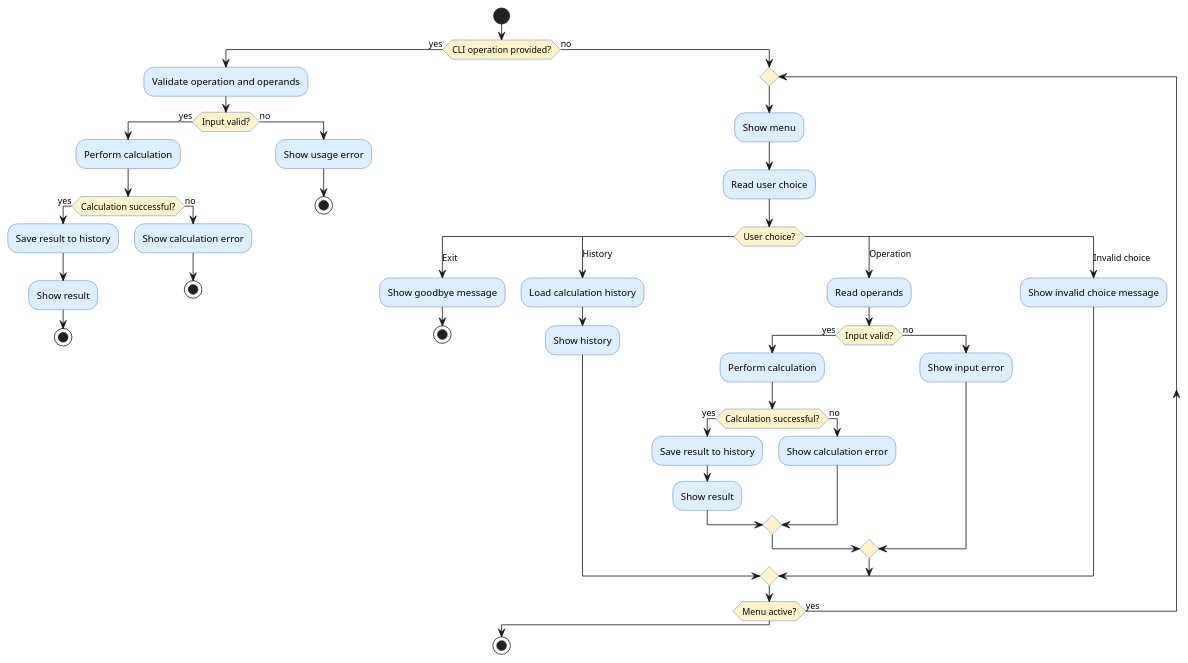
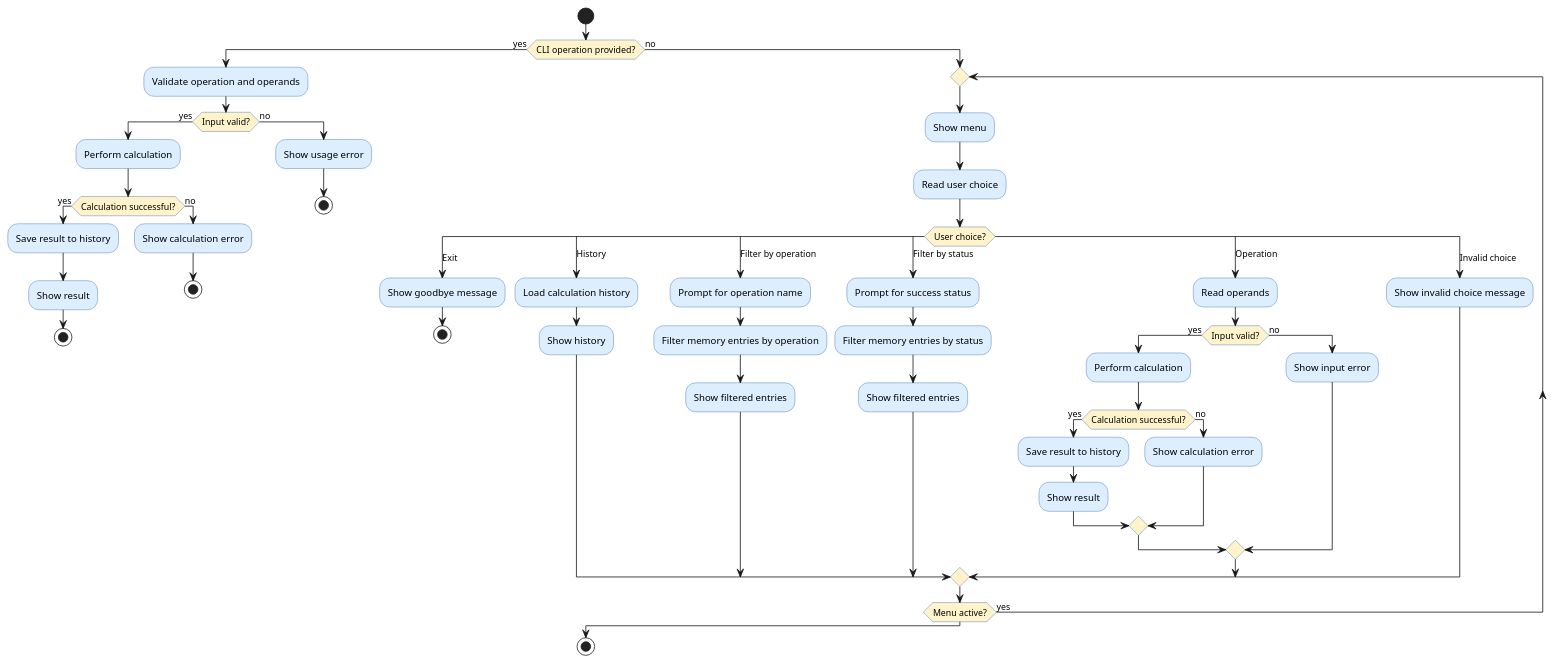
The diagram in experiments/pipeline/structured_text/calculator/artifacts/activity_diagram.puml (DanielRiha8906/Software_autoevolution_using_agents), drawn with PlantUML before and after one commit. The commit also changed 11 other files, not shown here.

```diff
--- a/experiments/pipeline/structured_text/calculator/artifacts/activity_diagram.puml
+++ b/experiments/pipeline/structured_text/calculator/artifacts/activity_diagram.puml
@@ -1,74 +1,84 @@
 @startuml activity_diagram
 
 skinparam activityBackgroundColor #DDEEFF
 skinparam activityBorderColor #3366AA
 skinparam activityDiamondBackgroundColor #FFF3CC
 
 start
 
 if (CLI operation provided?) then (yes)
 
   :Validate operation and operands;
 
   if (Input valid?) then (yes)
     :Perform calculation;
 
     if (Calculation successful?) then (yes)
       :Save result to history;
       :Show result;
       stop
     else (no)
       :Show calculation error;
       stop
     endif
 
   else (no)
     :Show usage error;
     stop
   endif
 
 else (no)
 
   repeat
     :Show menu;
     :Read user choice;
 
     switch (User choice?)
 
       case (Exit)
         :Show goodbye message;
         stop
 
       case (History)
         :Load calculation history;
         :Show history;
 
+      case (Filter by operation)
+        :Prompt for operation name;
+        :Filter memory entries by operation;
+        :Show filtered entries;
+
+      case (Filter by status)
+        :Prompt for success status;
+        :Filter memory entries by status;
+        :Show filtered entries;
+
       case (Operation)
         :Read operands;
 
         if (Input valid?) then (yes)
           :Perform calculation;
 
           if (Calculation successful?) then (yes)
             :Save result to history;
             :Show result;
           else (no)
             :Show calculation error;
           endif
 
         else (no)
           :Show input error;
         endif
 
       case (Invalid choice)
         :Show invalid choice message;
 
     endswitch
 
   repeat while (Menu active?) is (yes)
 
 endif
 
 stop
 
 @enduml
```
